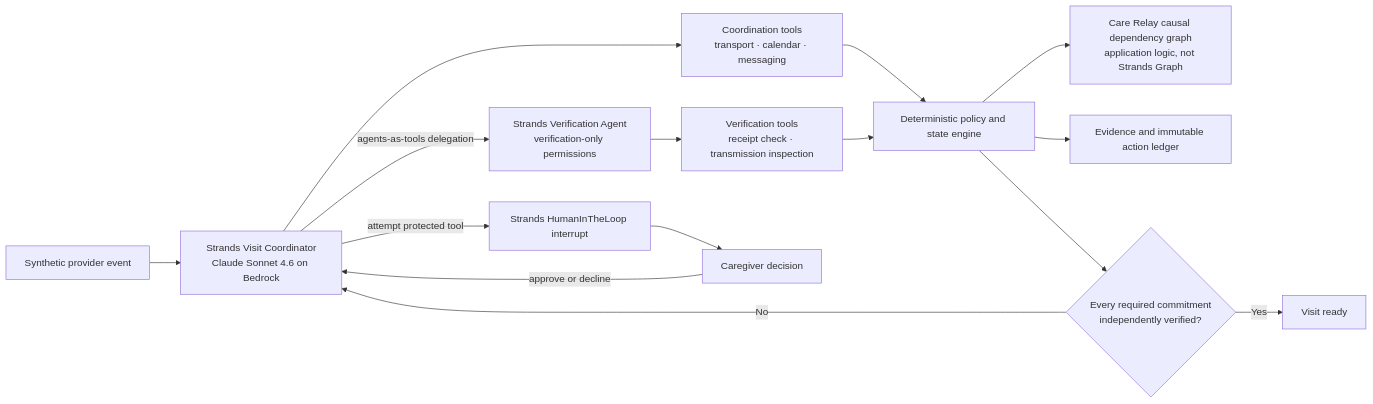
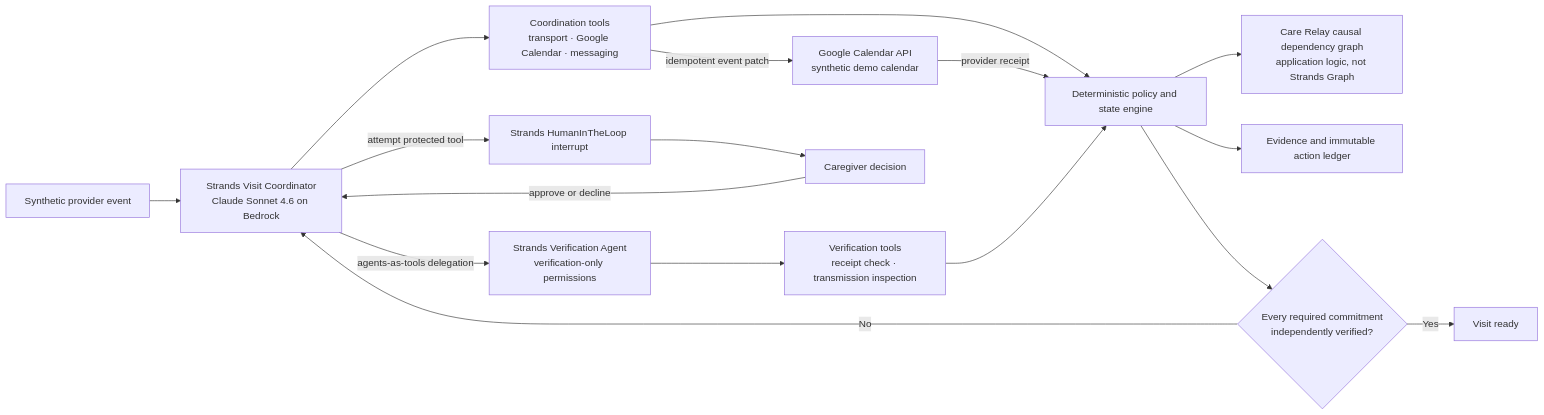
The diagram in docs/ARCHITECTURE.md (yuyuabdinoor/Care-relay), drawn with Mermaid before and after one commit. The commit also changed 2 other files, not shown here.

Commit message:
Show Google Calendar receipt in architecture

````diff
--- a/docs/ARCHITECTURE.md
+++ b/docs/ARCHITECTURE.md
@@ -9,17 +9,19 @@
 ```mermaid
 flowchart LR
     E["Synthetic provider event"] --> C["Strands Visit Coordinator<br/>Claude Sonnet 4.6 on Bedrock"]
     C -->|"agents-as-tools delegation"| V["Strands Verification Agent<br/>verification-only permissions"]
-    C --> CT["Coordination tools<br/>transport · calendar · messaging"]
+    C --> CT["Coordination tools<br/>transport · Google Calendar · messaging"]
     V --> VT["Verification tools<br/>receipt check · transmission inspection"]
     CT --> D["Deterministic policy and state engine"]
+    CT -->|"idempotent event patch"| GC["Google Calendar API<br/>synthetic demo calendar"]
+    GC -->|"provider receipt"| D
     VT --> D
     D --> G["Care Relay causal dependency graph<br/>application logic, not Strands Graph"]
     D --> L["Evidence and immutable action ledger"]
     C -->|"attempt protected tool"| H["Strands HumanInTheLoop interrupt"]
     H --> U["Caregiver decision"]
     U -->|"approve or decline"| C
     D --> Q{"Every required commitment<br/>independently verified?"}
     Q -->|"No"| C
     Q -->|"Yes"| R["Visit ready"]
 ```
````
